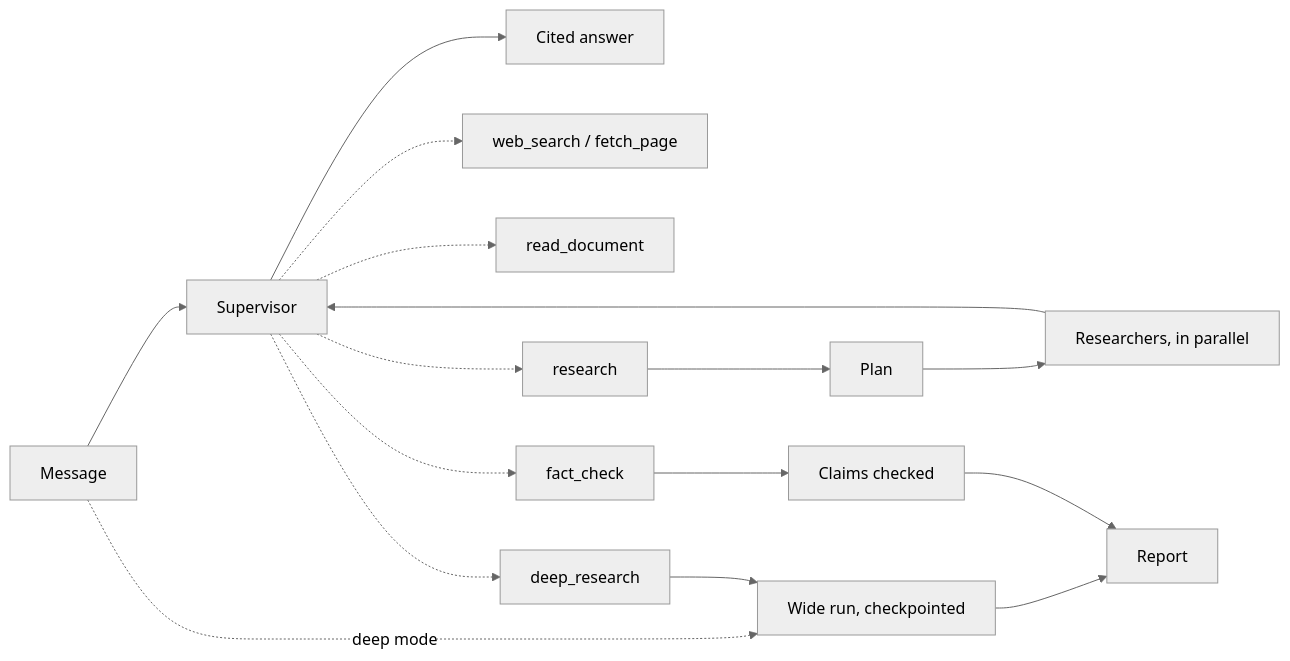
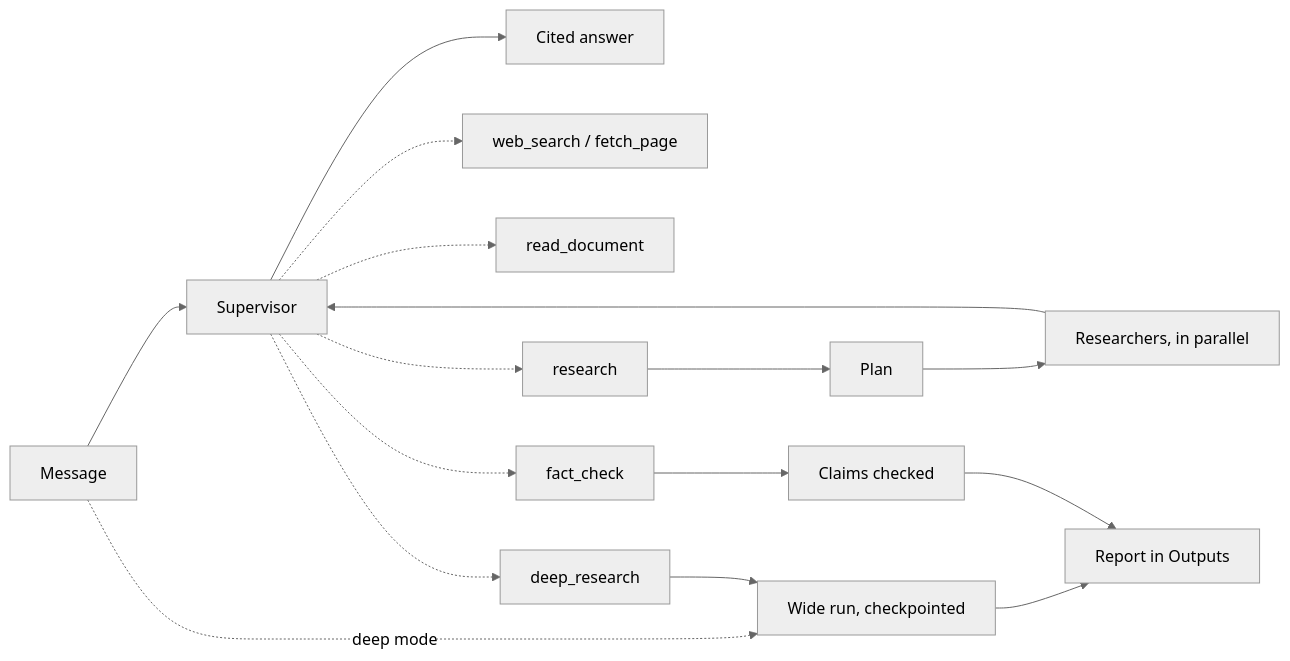
The diagram in README.md (Ghali-BenBouzid/nexus), drawn with Mermaid (neutral theme) before and after one commit. The commit also changed other lines of this file and 12 other files, not shown here.

First line of the commit message:
fix(deep): a deep run is an output again, announced in the thread

````diff
--- a/README.md
+++ b/README.md
@@ -41,12 +40,12 @@
 ```mermaid
 flowchart LR
     M[Message] --> S[Supervisor]
     M -. deep mode .-> D
     S --> A[Cited answer]
     S -.-> T1[web_search / fetch_page]
     S -.-> T2[read_document]
     S -.-> T3[research]
     T3 --> P[Plan] --> X[Researchers, in parallel] --> S
-    S -.-> T4[deep_research] --> D[Wide run, checkpointed] --> Out[Report]
+    S -.-> T4[deep_research] --> D[Wide run, checkpointed] --> Out[Report in Outputs]
     S -.-> T5[fact_check] --> F[Claims checked] --> Out
 ```
````
